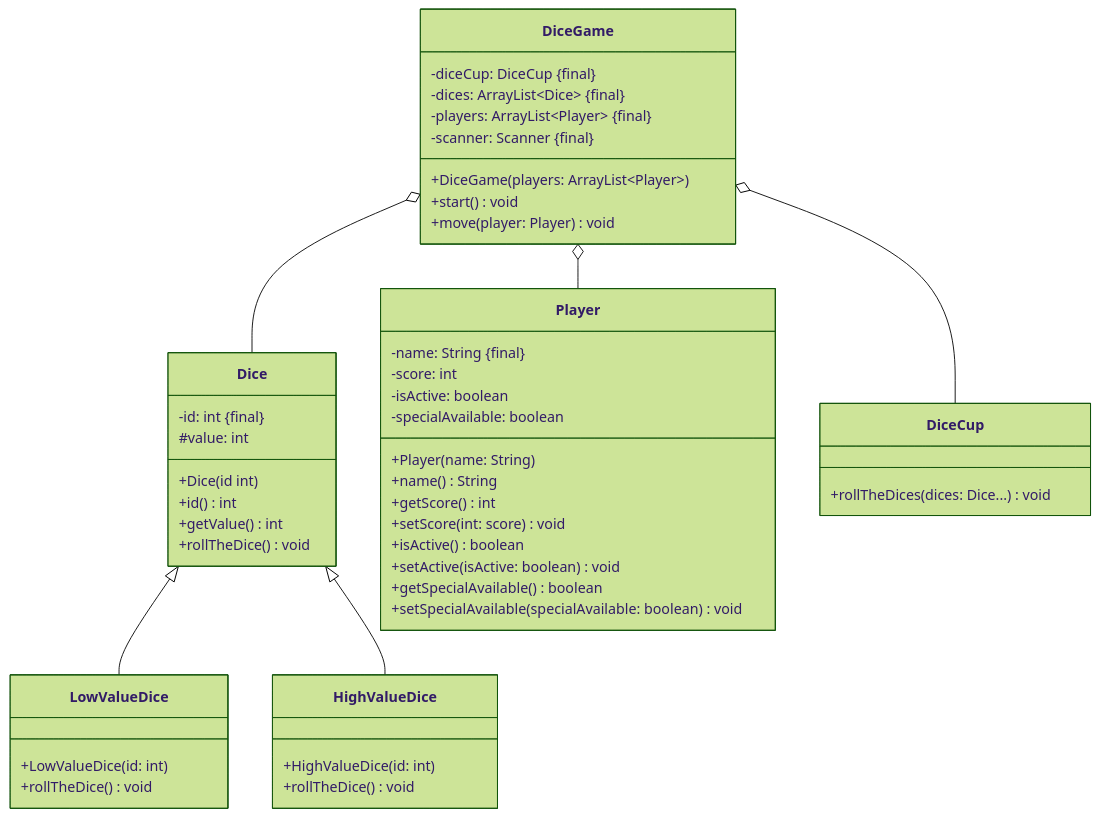
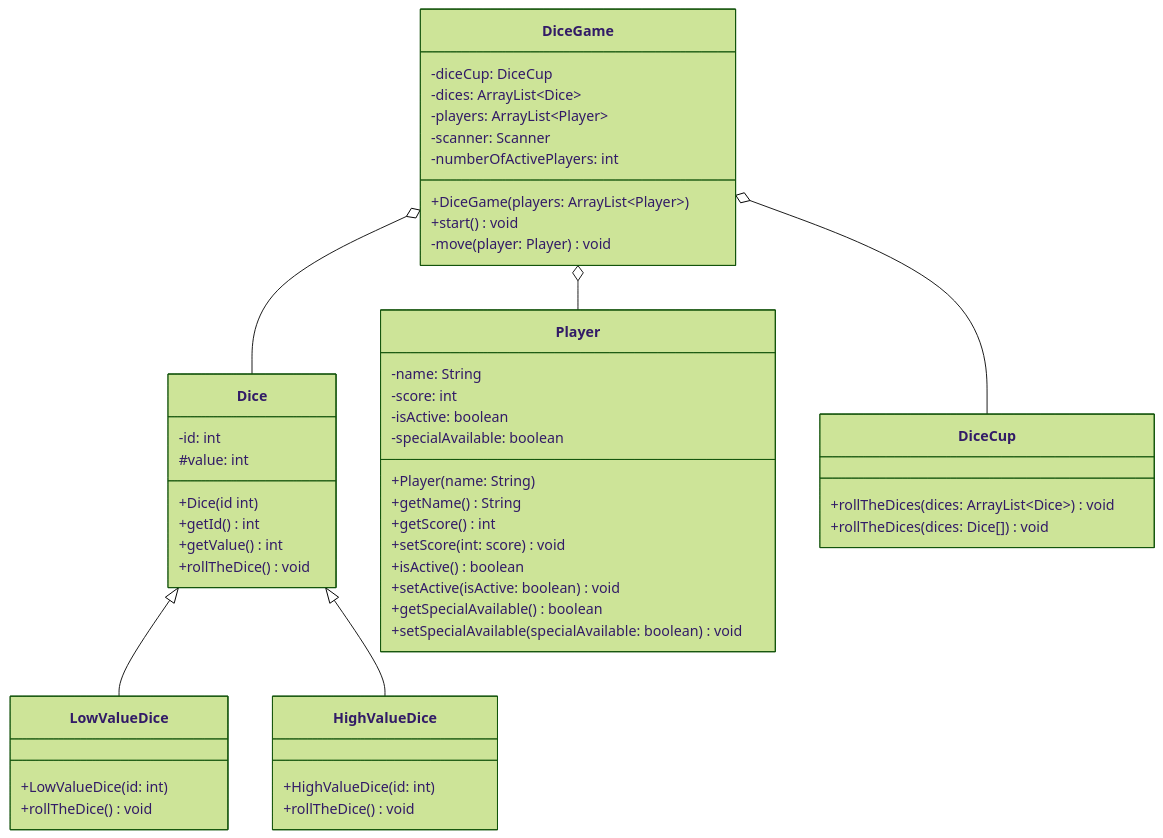
One commit to jappuccini/java-docs changed the diagram in docs/exercises/polymorphy/polymorphy04.mdx. Above: the diagram before and after it, drawn with Mermaid (forest theme). The commit also changed 1 other file, not shown here.

Commit message:
fix polymorphy excercises

````diff
--- a/docs/exercises/polymorphy/polymorphy04.mdx
+++ b/docs/exercises/polymorphy/polymorphy04.mdx
@@ -22,56 +22,58 @@
 ```mermaid
 classDiagram
     DiceGame o-- Dice
     DiceGame o-- Player
     DiceGame o-- DiceCup
     Dice <|-- LowValueDice
     Dice <|-- HighValueDice
 
     class Player {
-        -name: String &#123final&#125
+        -name: String
         -score: int
         -isActive: boolean
         -specialAvailable: boolean
         +Player(name: String)
-        +name() String
+        +getName() String
         +getScore() int
         +setScore(int: score) void
         +isActive() boolean
         +setActive(isActive: boolean) void
         +getSpecialAvailable() boolean
         +setSpecialAvailable(specialAvailable: boolean) void
     }
 
     class Dice {
-        -id: int &#123final&#125
+        -id: int
         #value: int
         +Dice(id int)
-        +id() int
+        +getId() int
         +getValue() int
         +rollTheDice() void
     }
 
     class LowValueDice {
         +LowValueDice(id: int)
         +rollTheDice() void
     }
 
     class HighValueDice {
         +HighValueDice(id: int)
         +rollTheDice() void
     }
 
     class DiceCup {
-        +rollTheDices(dices: Dice...) void
+        +rollTheDices(dices: ArrayList~Dice~) void
+        +rollTheDices(dices: Dice[]) void
     }
 
     class DiceGame {
-        -diceCup: DiceCup &#123final&#125
-        -dices: ArrayList~Dice~ &#123final&#125
-        -players: ArrayList~Player~ &#123final&#125
-        -scanner: Scanner &#123final&#125
+        -diceCup: DiceCup
+        -dices: ArrayList~Dice~
+        -players: ArrayList~Player~
+        -scanner: Scanner
+        -numberOfActivePlayers: int
         +DiceGame(players: ArrayList~Player~)
         +start() void
-        +move(player: Player) void
+        -move(player: Player) void
     }
 ```
````
